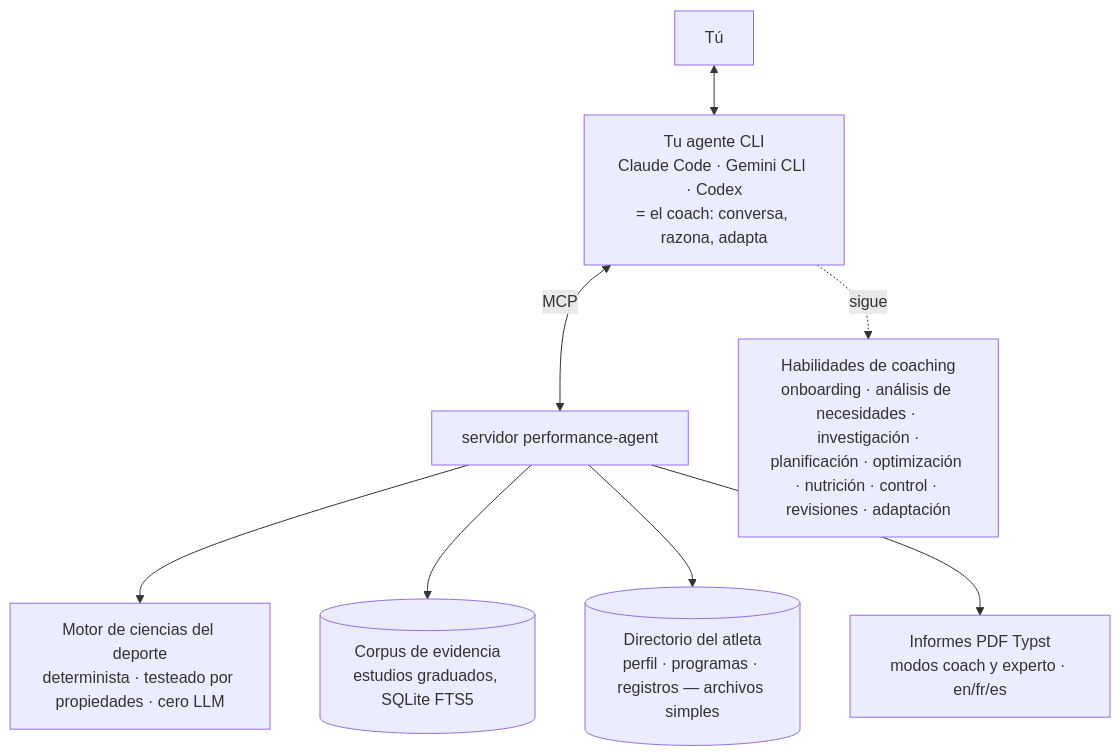
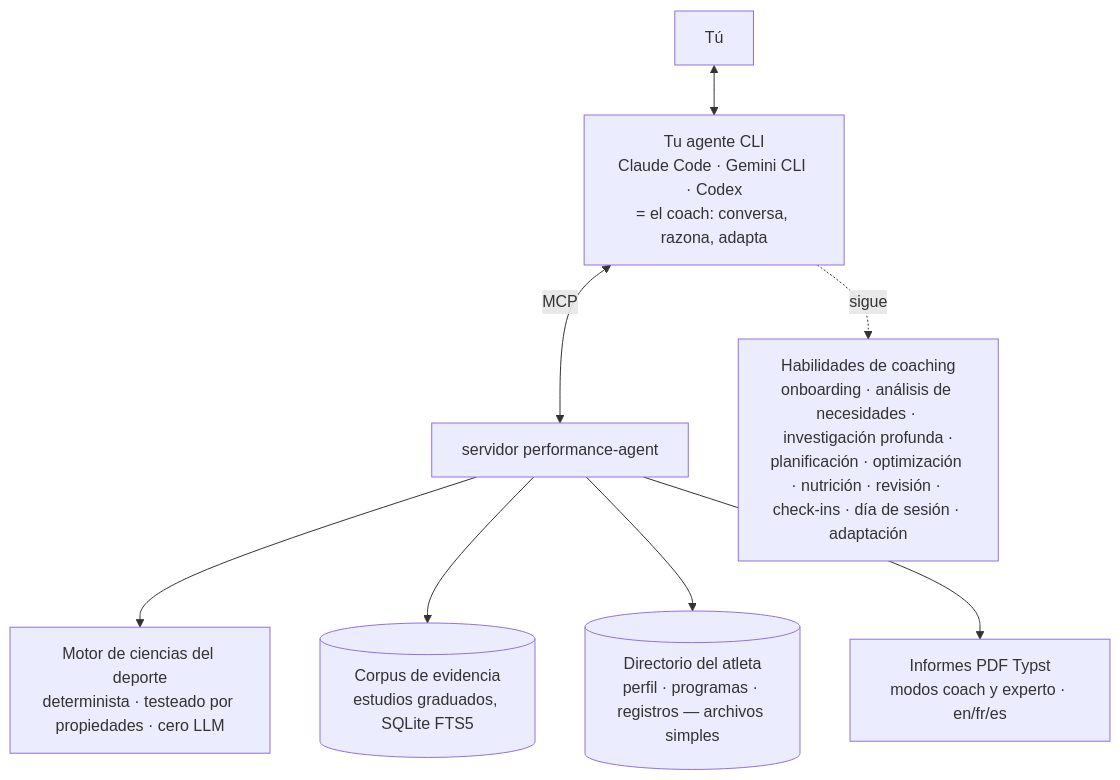
One commit to clementrx/Performance-agent changed the diagram in docs/i18n/README.es.md. Above: the diagram before and after it, drawn with Mermaid. The commit also changed other lines of this file and 3 other files, not shown here.

````diff
--- a/docs/i18n/README.es.md
+++ b/docs/i18n/README.es.md
@@ -265,11 +265,11 @@
 ```mermaid
 flowchart TB
     U[Tú] <--> H[Tu agente CLI<br/>Claude Code · Gemini CLI · Codex<br/>= el coach: conversa, razona, adapta]
     H <-->|MCP| S[servidor performance-agent]
-    H -.sigue.-> SK[Habilidades de coaching<br/>onboarding · análisis de necesidades · investigación ·
-planificación · optimización · nutrición · control · revisiones · adaptación]
+    H -.sigue.-> SK[Habilidades de coaching<br/>onboarding · análisis de necesidades · investigación profunda ·
+planificación · optimización · nutrición · revisión · check-ins · día de sesión · adaptación]
     S --> E[Motor de ciencias del deporte<br/>determinista · testeado por propiedades · cero LLM]
     S --> EV[(Corpus de evidencia<br/>estudios graduados, SQLite FTS5)]
     S --> M[(Directorio del atleta<br/>perfil · programas · registros — archivos simples)]
     S --> R[Informes PDF Typst<br/>modos coach y experto · en/fr/es]
 ```
````
